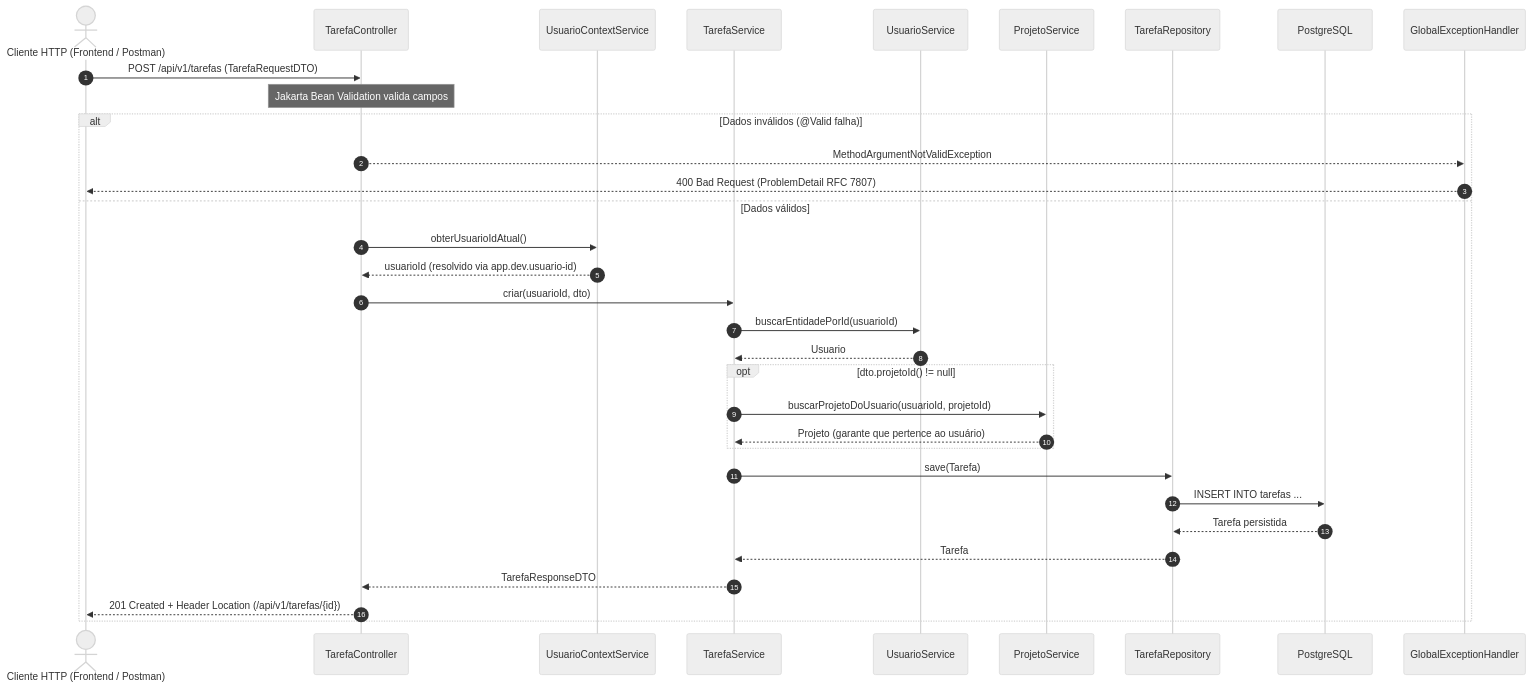
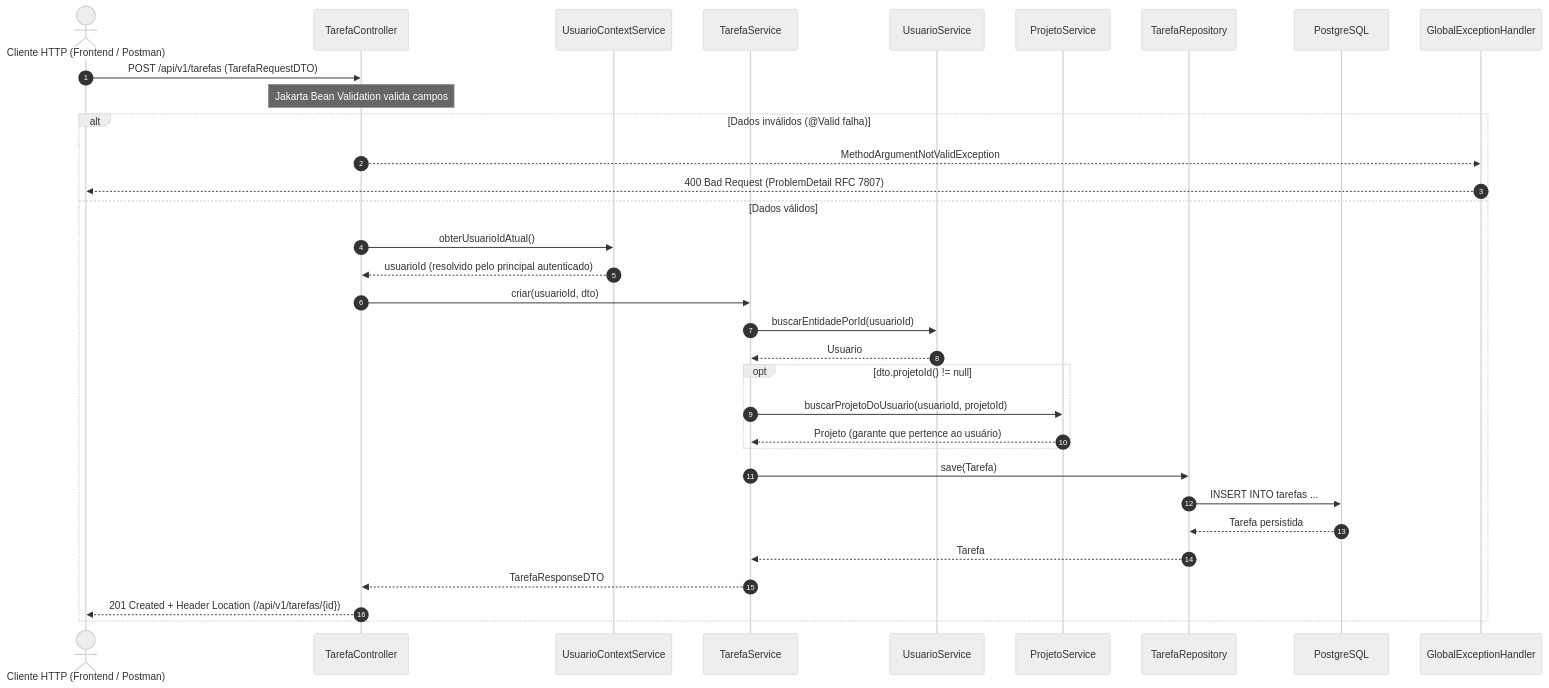
The first of 2 diagrams in docs/GUIA_TECNICO.md (ItsMazzu/intelliplan), drawn with Mermaid (neutral theme) before and after one commit. The commit also changed other lines of this file and 31 other files, not shown here.

````diff
--- a/docs/GUIA_TECNICO.md
+++ b/docs/GUIA_TECNICO.md
@@ -90,36 +90,36 @@
 ```mermaid
 sequenceDiagram
     autonumber
     actor Cliente as Cliente HTTP (Frontend / Postman)
     participant Ctrl as TarefaController
     participant Ctx as UsuarioContextService
     participant Svc as TarefaService
     participant UsrSvc as UsuarioService
     participant ProjSvc as ProjetoService
     participant Repo as TarefaRepository
     participant DB as PostgreSQL
     participant Exc as GlobalExceptionHandler
 
     Cliente->>Ctrl: POST /api/v1/tarefas (TarefaRequestDTO)
     Note over Ctrl: Jakarta Bean Validation valida campos
     alt Dados inválidos (@Valid falha)
         Ctrl-->>Exc: MethodArgumentNotValidException
         Exc-->>Cliente: 400 Bad Request (ProblemDetail RFC 7807)
     else Dados válidos
         Ctrl->>Ctx: obterUsuarioIdAtual()
-        Ctx-->>Ctrl: usuarioId (resolvido via app.dev.usuario-id)
+        Ctx-->>Ctrl: usuarioId (resolvido pelo principal autenticado)
         Ctrl->>Svc: criar(usuarioId, dto)
         Svc->>UsrSvc: buscarEntidadePorId(usuarioId)
         UsrSvc-->>Svc: Usuario
         opt dto.projetoId() != null
             Svc->>ProjSvc: buscarProjetoDoUsuario(usuarioId, projetoId)
             ProjSvc-->>Svc: Projeto (garante que pertence ao usuário)
         end
         Svc->>Repo: save(Tarefa)
         Repo->>DB: INSERT INTO tarefas ...
         DB-->>Repo: Tarefa persistida
         Repo-->>Svc: Tarefa
         Svc-->>Ctrl: TarefaResponseDTO
         Ctrl-->>Cliente: 201 Created + Header Location (/api/v1/tarefas/{id})
     end
 ```
````
